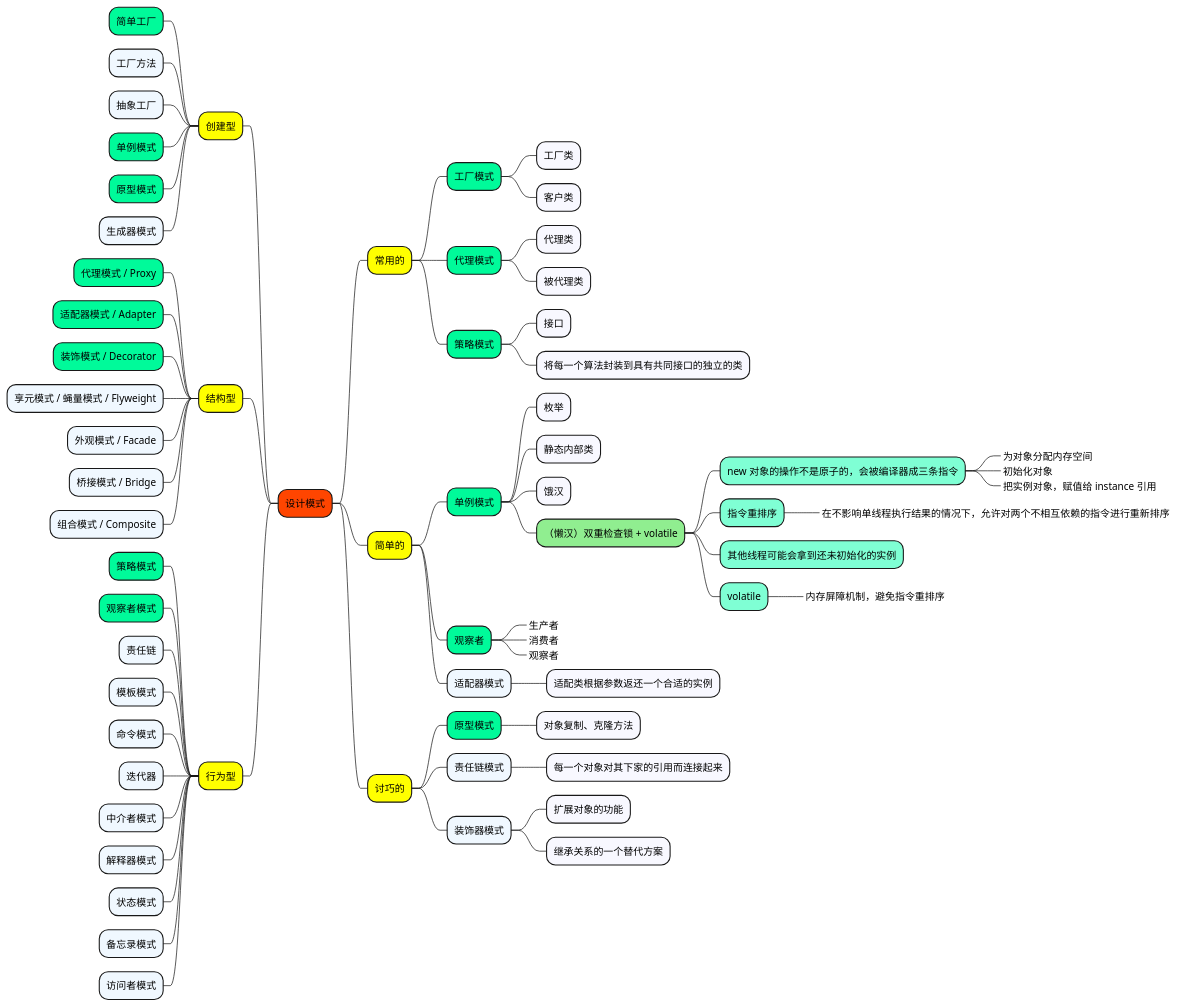
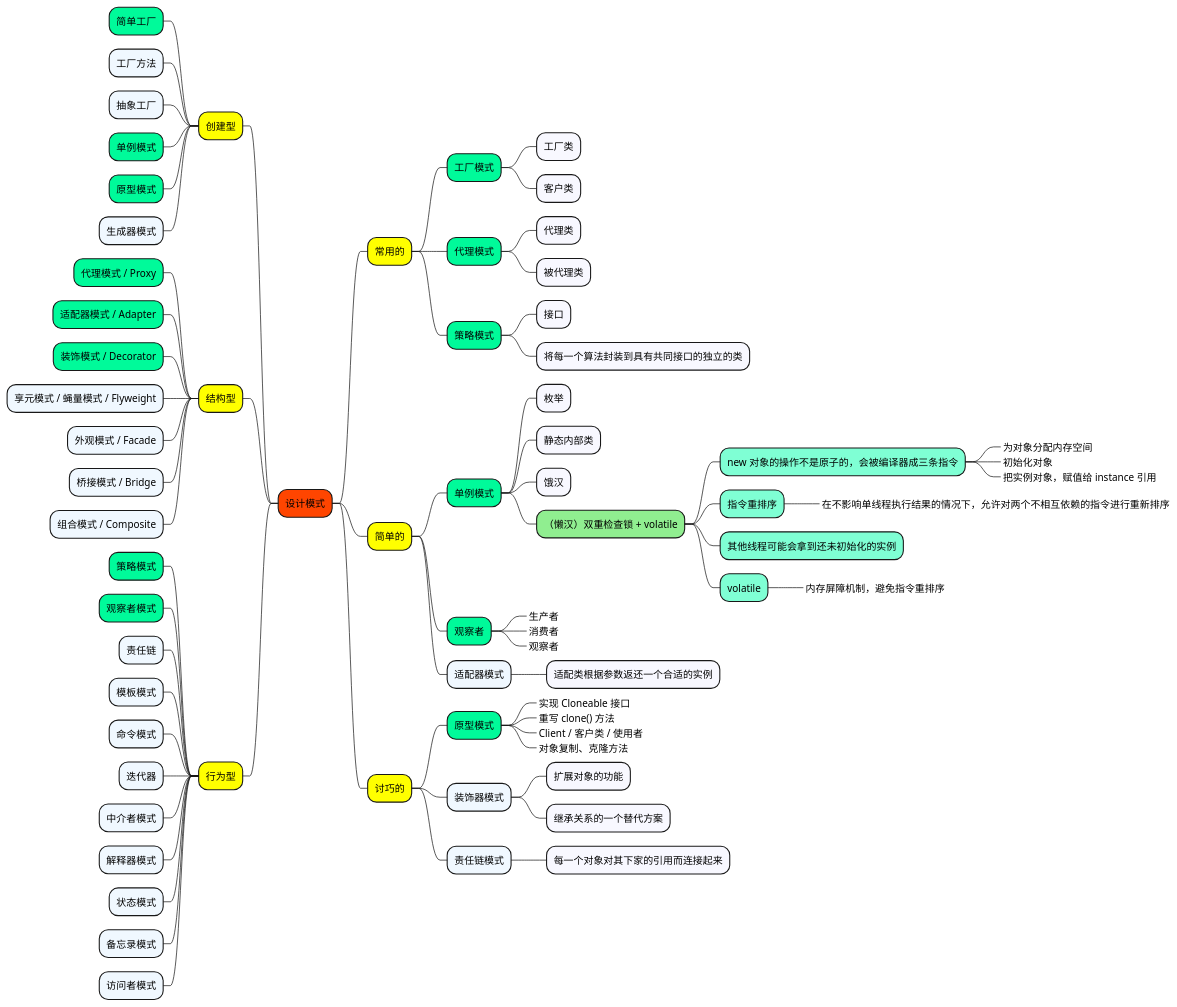
The diagram in 1_map/architecture/DesignPattern_设计模式.puml (doveg/self-cultivation-of-a-software-engineer), drawn with PlantUML before and after one commit. The commit also changed 26 other files, not shown here.

```diff
--- a/1_map/architecture/DesignPattern_设计模式.puml
+++ b/1_map/architecture/DesignPattern_设计模式.puml
@@ -1,99 +1,102 @@
 @startmindmap
 
 +[#OrangeRed] 设计模式
 
 ++[#yellow] 常用的
 
 +++[#MediumSpringGreen] 工厂模式
 ++++[#GhostWhite] 工厂类
 ++++[#GhostWhite] 客户类
 
 +++[#MediumSpringGreen] 代理模式
 ++++[#GhostWhite] 代理类
 ++++[#GhostWhite] 被代理类
 
 
 +++[#MediumSpringGreen] 策略模式
 ++++[#GhostWhite] 接口
 ++++[#GhostWhite] 将每一个算法封装到具有共同接口的独立的类
 
 
 ++[#yellow] 简单的
 
 +++[#MediumSpringGreen] 单例模式
 ++++[#GhostWhite] 枚举
 ++++[#GhostWhite] 静态内部类
 ++++[#GhostWhite] 饿汉
 ++++[#LightGreen] （懒汉）双重检查锁 + volatile
 +++++[#Aquamarine] new 对象的操作不是原子的，会被编译器成三条指令
 ++++++[#Aquamarine]_ 为对象分配内存空间
 ++++++[#Aquamarine]_ 初始化对象
 ++++++[#Aquamarine]_ 把实例对象，赋值给 instance 引用
 +++++[#Aquamarine] 指令重排序
 ++++++[#Aquamarine]_ 在不影响单线程执行结果的情况下，允许对两个不相互依赖的指令进行重新排序
 +++++[#Aquamarine] 其他线程可能会拿到还未初始化的实例
 +++++[#Aquamarine] volatile
 ++++++[#Aquamarine]_ 内存屏障机制，避免指令重排序
 
 
 +++[#MediumSpringGreen] 观察者
 ++++[#GhostWhite]_ 生产者
 ++++[#GhostWhite]_ 消费者
 ++++[#GhostWhite]_ 观察者
 
 +++[#AliceBlue] 适配器模式
 ++++[#GhostWhite] 适配类根据参数返还一个合适的实例
 
 
 
 
 ++[#yellow] 讨巧的
 
 +++[#MediumSpringGreen] 原型模式
-++++[#GhostWhite] 对象复制、克隆方法
-
-+++[#AliceBlue] 责任链模式
-++++[#GhostWhite] 每一个对象对其下家的引用而连接起来
+++++[#GhostWhite]_ 实现 Cloneable 接口
+++++[#GhostWhite]_ 重写 clone() 方法
+++++[#GhostWhite]_ Client / 客户类 / 使用者
+++++[#GhostWhite]_ 对象复制、克隆方法
 
 +++[#AliceBlue] 装饰器模式
 ++++[#GhostWhite] 扩展对象的功能
 ++++[#GhostWhite] 继承关系的一个替代方案
+
++++[#AliceBlue] 责任链模式
+++++[#GhostWhite] 每一个对象对其下家的引用而连接起来
 
 
 --[#yellow] 创建型
 
 ---[#MediumSpringGreen] 简单工厂
 ---[#AliceBlue] 工厂方法
 ---[#AliceBlue] 抽象工厂
 ---[#MediumSpringGreen] 单例模式
 ---[#MediumSpringGreen] 原型模式
 ---[#AliceBlue] 生成器模式
 
 
 --[#yellow] 结构型
 
 ---[#MediumSpringGreen] 代理模式 / Proxy
 ---[#MediumSpringGreen] 适配器模式 / Adapter
 ---[#MediumSpringGreen] 装饰模式 / Decorator
 ---[#AliceBlue] 享元模式 / 蝇量模式 / Flyweight
 ---[#AliceBlue] 外观模式 / Facade
 ---[#AliceBlue] 桥接模式 / Bridge
 ---[#AliceBlue] 组合模式 / Composite
 
 
 --[#yellow] 行为型
 
 ---[#MediumSpringGreen] 策略模式
 ---[#MediumSpringGreen] 观察者模式
 ---[#AliceBlue] 责任链
 ---[#AliceBlue] 模板模式
 ---[#AliceBlue] 命令模式
 ---[#AliceBlue] 迭代器
 ---[#AliceBlue] 中介者模式
 ---[#AliceBlue] 解释器模式
 ---[#AliceBlue] 状态模式
 ---[#AliceBlue] 备忘录模式
 ---[#AliceBlue] 访问者模式
 
 
 @endmindmap
```
